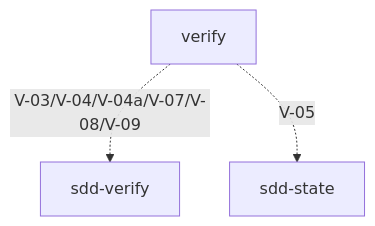
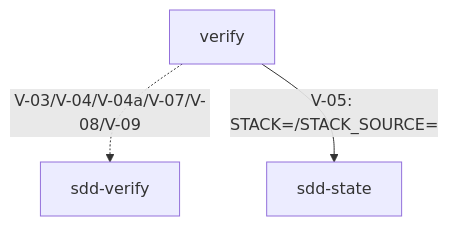
One commit to RubaXa/gennady changed the second of 2 diagrams in specs/cli/verify/verify.spec.md. Above: the diagram before and after it, drawn with Mermaid. The commit also changed other lines of this file and 6 other files, not shown here.

First line of the commit message:
feat(verify): V-05 — stack detected from repository, fact lands in sdd-state snapshot

````diff
--- a/specs/cli/verify/verify.spec.md
+++ b/specs/cli/verify/verify.spec.md
@@ -287,5 +301,5 @@
 ```mermaid
 graph TD
   verify["verify"] -. "V-03/V-04/V-04a/V-07/V-08/V-09" .-> sdd-verify["sdd-verify"]
-  verify -. "V-05" .-> sdd-state["sdd-state"]
+  verify -- "V-05: STACK=/STACK_SOURCE=" --> sdd-state["sdd-state"]
 ```
````
